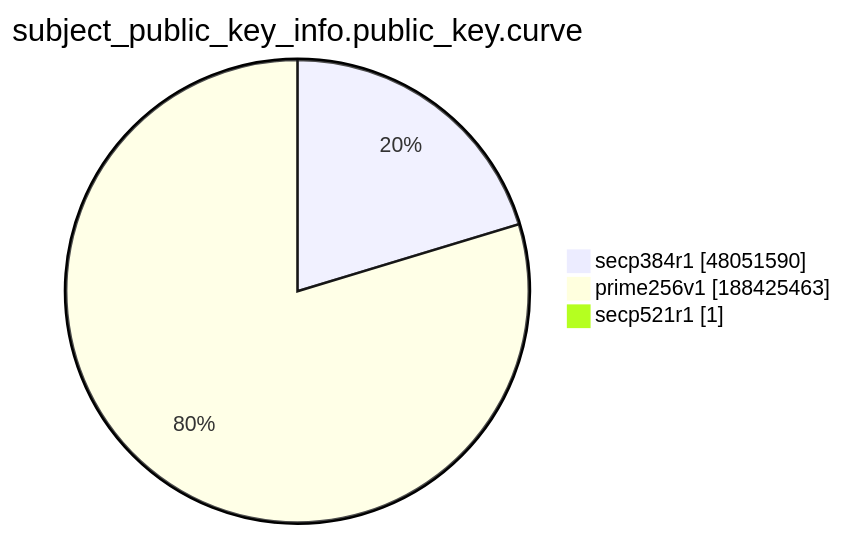
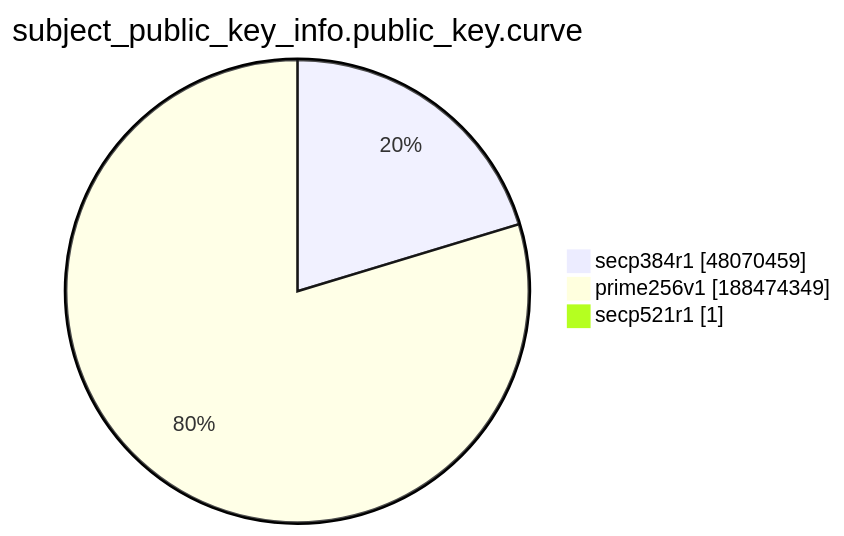
One commit to christiankrug/ctmonitor_visualization changed the ninth of 15 diagrams in xenon2022/README.md. Above: the diagram before and after it, drawn with Mermaid. The commit also changed other lines of this file, not shown here.

````diff
--- a/xenon2022/README.md
+++ b/xenon2022/README.md
@@ -2874,7 +2874,7 @@
 ```mermaid
 pie showData
 title subject_public_key_info.public_key.curve
-"secp384r1" :48051590
-"prime256v1" :188425463
+"secp384r1" :48070459
+"prime256v1" :188474349
 "secp521r1" :1
 ```
````
